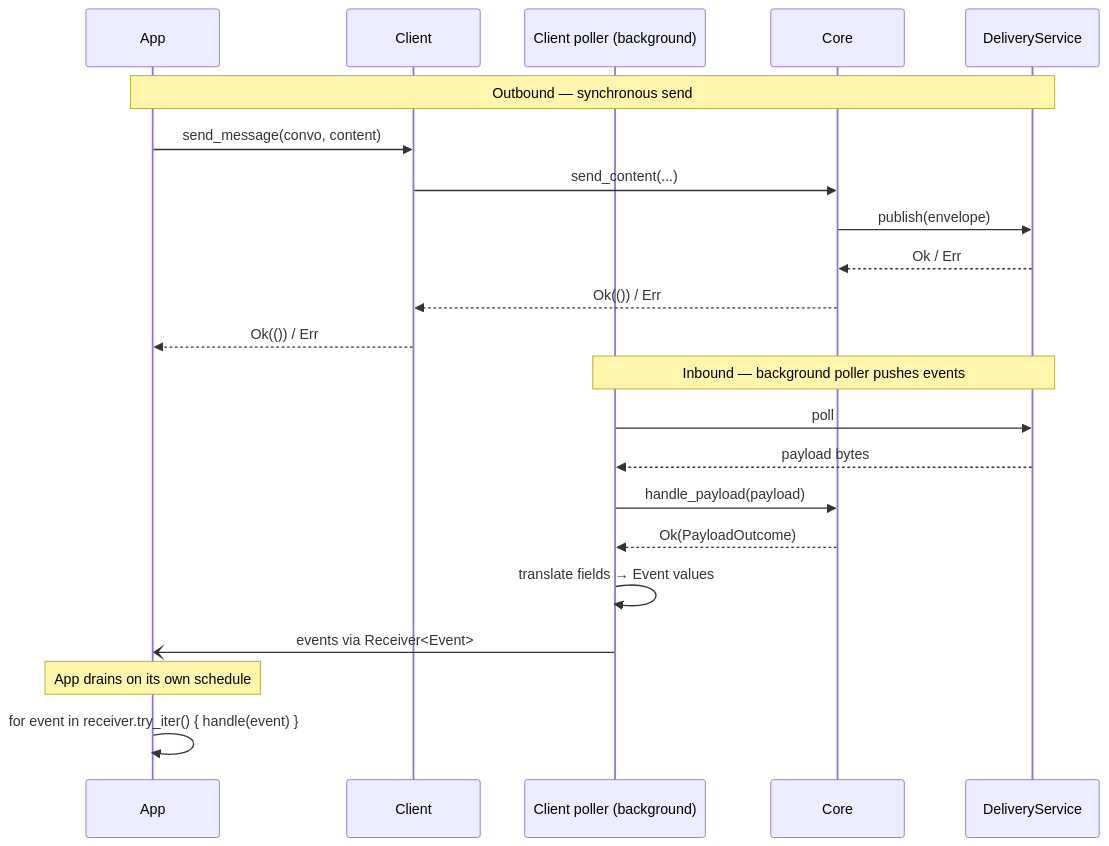
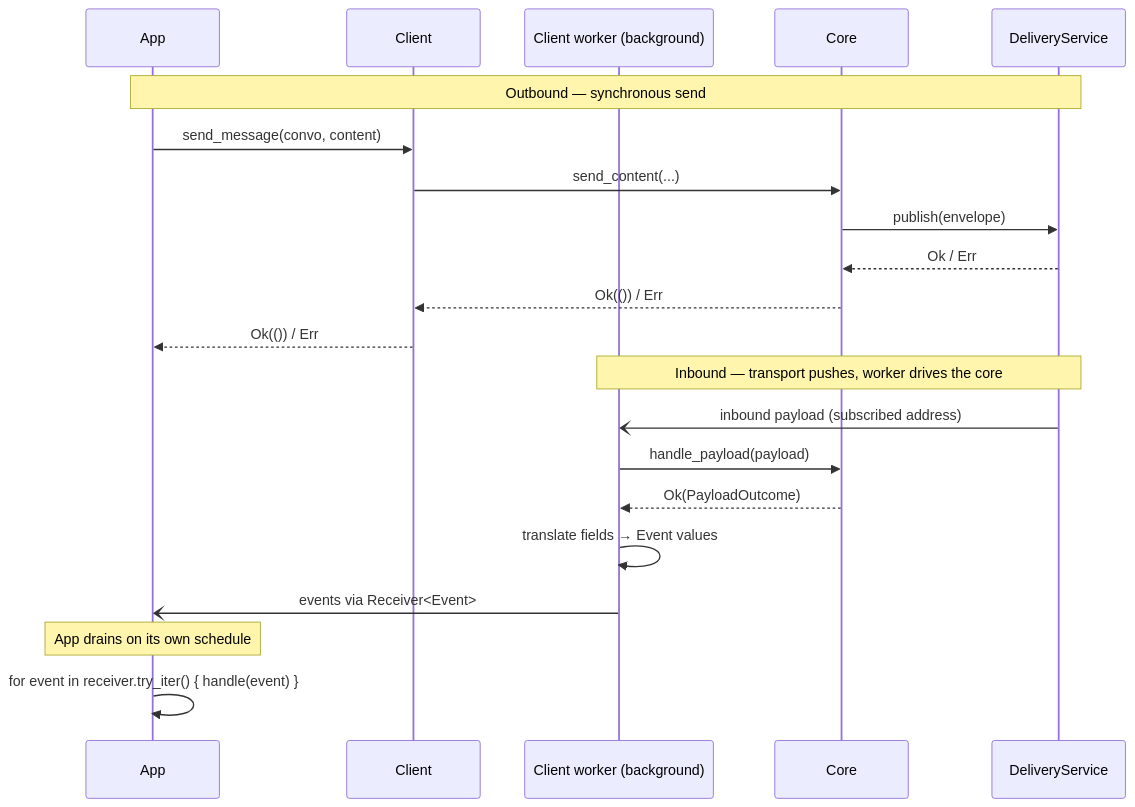
Before and after one commit to logos-messaging/libchat: the second of 2 diagrams in docs/adr/0001-client-event-system.md, drawn with Mermaid. The commit also changed other lines of this file and 19 other files, not shown here.

First line of the commit message:
feat(client): add threaded transport polling

````diff
--- a/docs/adr/0001-client-event-system.md
+++ b/docs/adr/0001-client-event-system.md
@@ -60,27 +60,26 @@
 ```mermaid
 sequenceDiagram
     participant App
     participant Client
-    participant Poller as Client poller (background)
+    participant Worker as Client worker (background)
     participant Core
     participant Delivery as DeliveryService
 
     Note over App,Delivery: Outbound — synchronous send
     App->>Client: send_message(convo, content)
     Client->>Core: send_content(...)
     Core->>Delivery: publish(envelope)
     Delivery-->>Core: Ok / Err
     Core-->>Client: Ok(()) / Err
     Client-->>App: Ok(()) / Err
 
-    Note over Poller,Delivery: Inbound — background poller pushes events
-    Poller->>Delivery: poll
-    Delivery-->>Poller: payload bytes
-    Poller->>Core: handle_payload(payload)
-    Core-->>Poller: Ok(PayloadOutcome)
-    Poller->>Poller: translate fields → Event values
-    Poller-)App: events via Receiver<Event>
+    Note over Worker,Delivery: Inbound — transport pushes, worker drives the core
+    Delivery-)Worker: inbound payload (subscribed address)
+    Worker->>Core: handle_payload(payload)
+    Core-->>Worker: Ok(PayloadOutcome)
+    Worker->>Worker: translate fields → Event values
+    Worker-)App: events via Receiver<Event>
 
     Note over App: App drains on its own schedule
     App->>App: for event in receiver.try_iter() { handle(event) }
 ```
````
